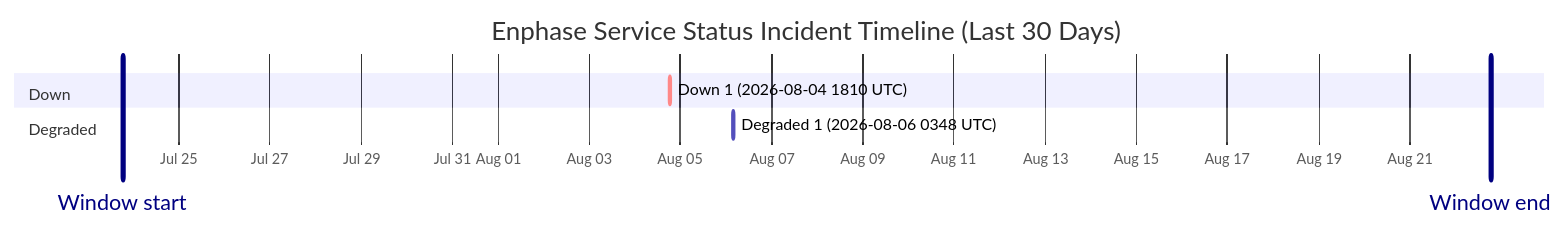
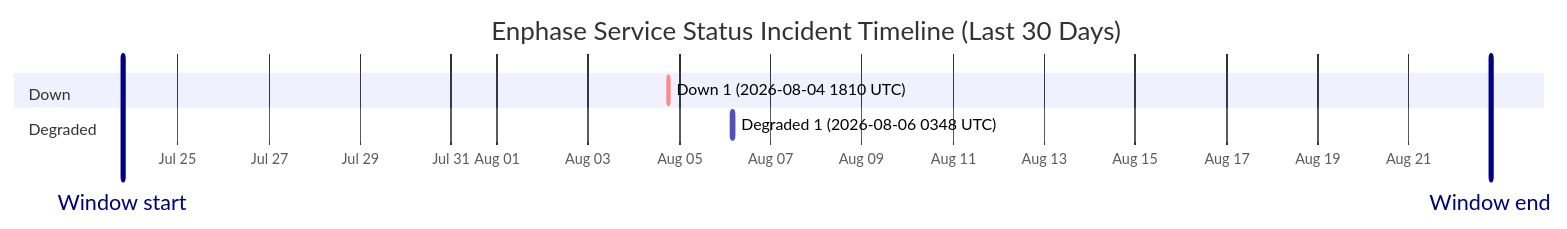
Before and after one commit to barneyonline/ha-enphase-energy: the diagram in wiki/Service-Status-History.md, drawn with Mermaid. The commit also changed other lines of this file and 3 other files, not shown here.

````diff
--- a/wiki/Service-Status-History.md
+++ b/wiki/Service-Status-History.md
@@ -14,12 +14,12 @@
 ```mermaid
 gantt
     title Enphase Service Status Incident Timeline (Last 30 Days)
     dateFormat  YYYY-MM-DDTHH:mm:ss
     axisFormat  %b %d
-    Window start :vert, window-start, 2026-07-23T18:27:27, 0ms
-    Window end :vert, window-end, 2026-08-22T18:27:27, 0ms
+    Window start :vert, window-start, 2026-07-23T18:58:44, 0ms
+    Window end :vert, window-end, 2026-08-22T18:58:44, 0ms
     section Down
     Down 1 (2026-08-04 1810 UTC) :crit, down-1, 2026-08-04T18:10:46, 60m
     section Degraded
     Degraded 1 (2026-08-06 0348 UTC) :active, degraded-1, 2026-08-06T03:48:14, 60m
 ```
````
